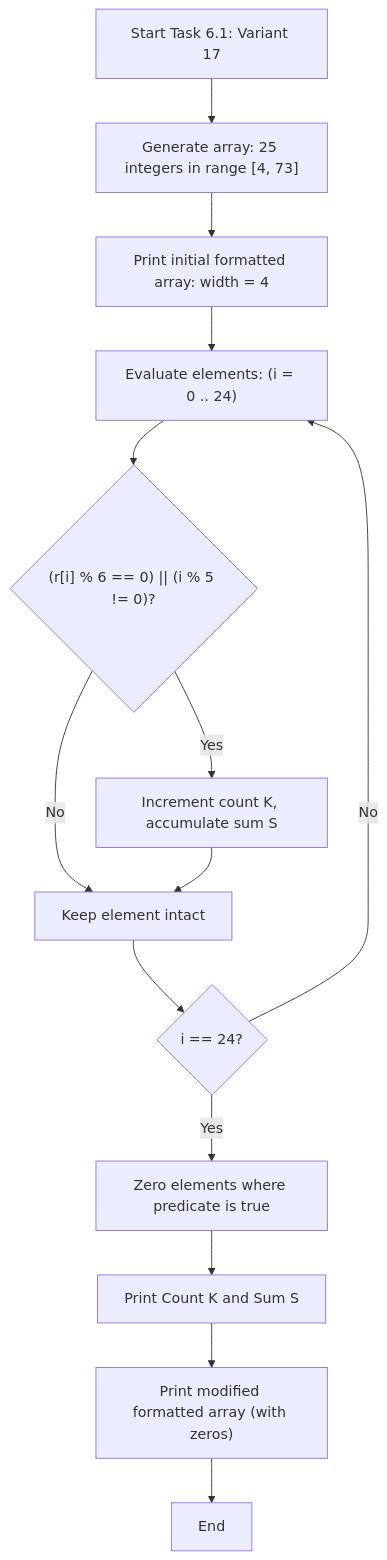
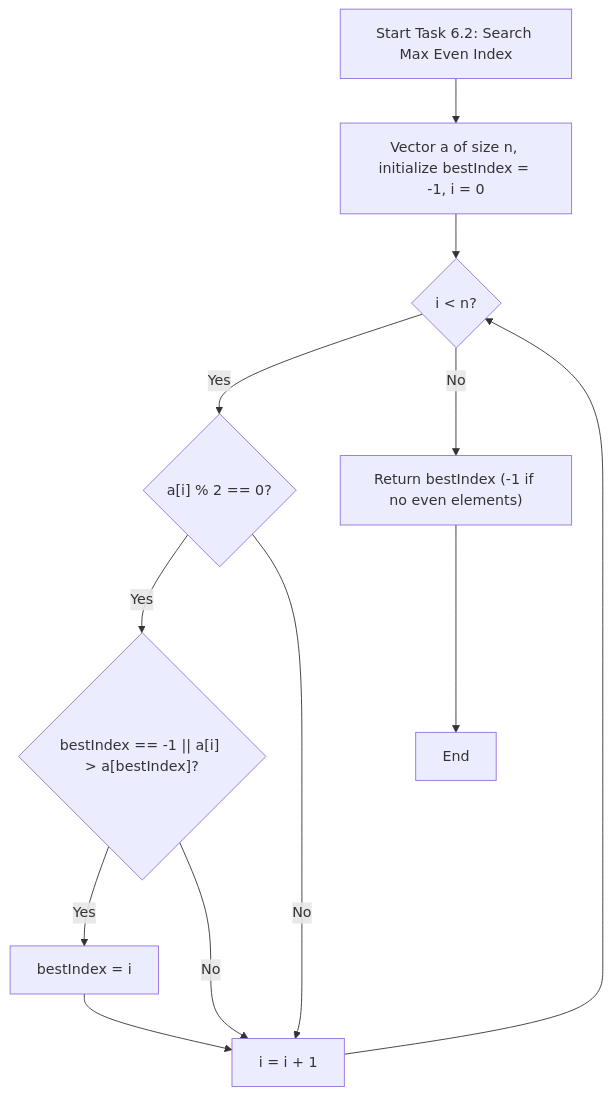
The first of 3 diagrams in Lb6/README.md (lviv-polytech/alg-cpp-labs), drawn with Mermaid before and after one commit. The commit also changed other lines of this file and 5 other files, not shown here.

Commit message:
feat(lab-06): implement task 6.2 maximum even element search for variant 17

````diff
--- a/Lb6/README.md
+++ b/Lb6/README.md
@@ -41,16 +49,14 @@
 ```mermaid
 flowchart TD
-    Start["Start Task 6.1: Variant 17"] --> Gen["Generate array: 25 integers in range [4, 73]"]
-    Gen --> PrintInit["Print initial formatted array: width = 4"]
-    PrintInit --> EvalLoop["Evaluate elements: (i = 0 .. 24)"]
-    EvalLoop --> Match{"(r[i] % 6 == 0) || (i % 5 != 0)?"}
-    Match -- "Yes" --> Accum["Increment count K, accumulate sum S"]
-    Match -- "No" --> NextElem["Keep element intact"]
-    Accum --> NextElem
-    NextElem --> CheckEnd{"i == 24?"}
-    CheckEnd -- "No" --> EvalLoop
-    CheckEnd -- "Yes" --> ModLoop["Zero elements where predicate is true"]
-    ModLoop --> PrintResult["Print Count K and Sum S"]
-    PrintResult --> PrintFinal["Print modified formatted array (with zeros)"]
-    PrintFinal --> Finish["End"]
+    Start["Start Task 6.2: Search Max Even Index"] --> Input["Vector a of size n, initialize bestIndex = -1, i = 0"]
+    Input --> CheckEnd{"i < n?"}
+    CheckEnd -- "Yes" --> CheckEven{"a[i] % 2 == 0?"}
+    CheckEven -- "Yes" --> Compare{"bestIndex == -1 || a[i] > a[bestIndex]?"}
+    Compare -- "Yes" --> UpdateBest["bestIndex = i"]
+    Compare -- "No" --> NextStep["i = i + 1"]
+    CheckEven -- "No" --> NextStep
+    UpdateBest --> NextStep
+    NextStep --> CheckEnd
+    CheckEnd -- "No" --> Result["Return bestIndex (-1 if no even elements)"]
+    Result --> Finish["End"]
 ```
````
